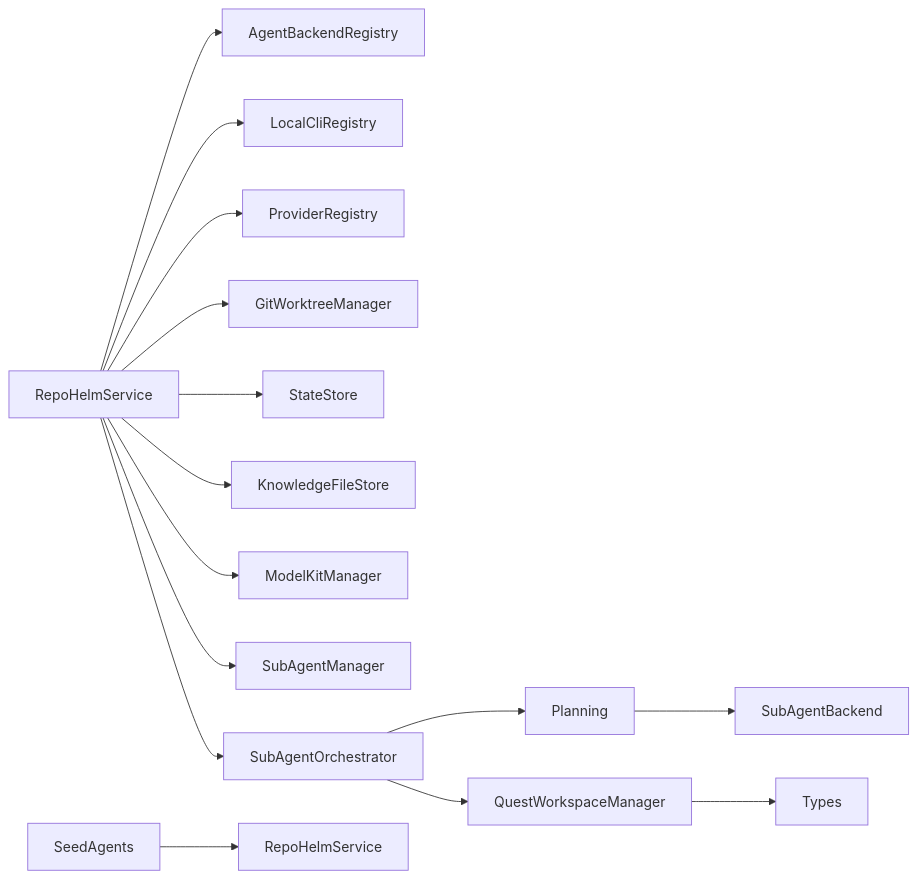
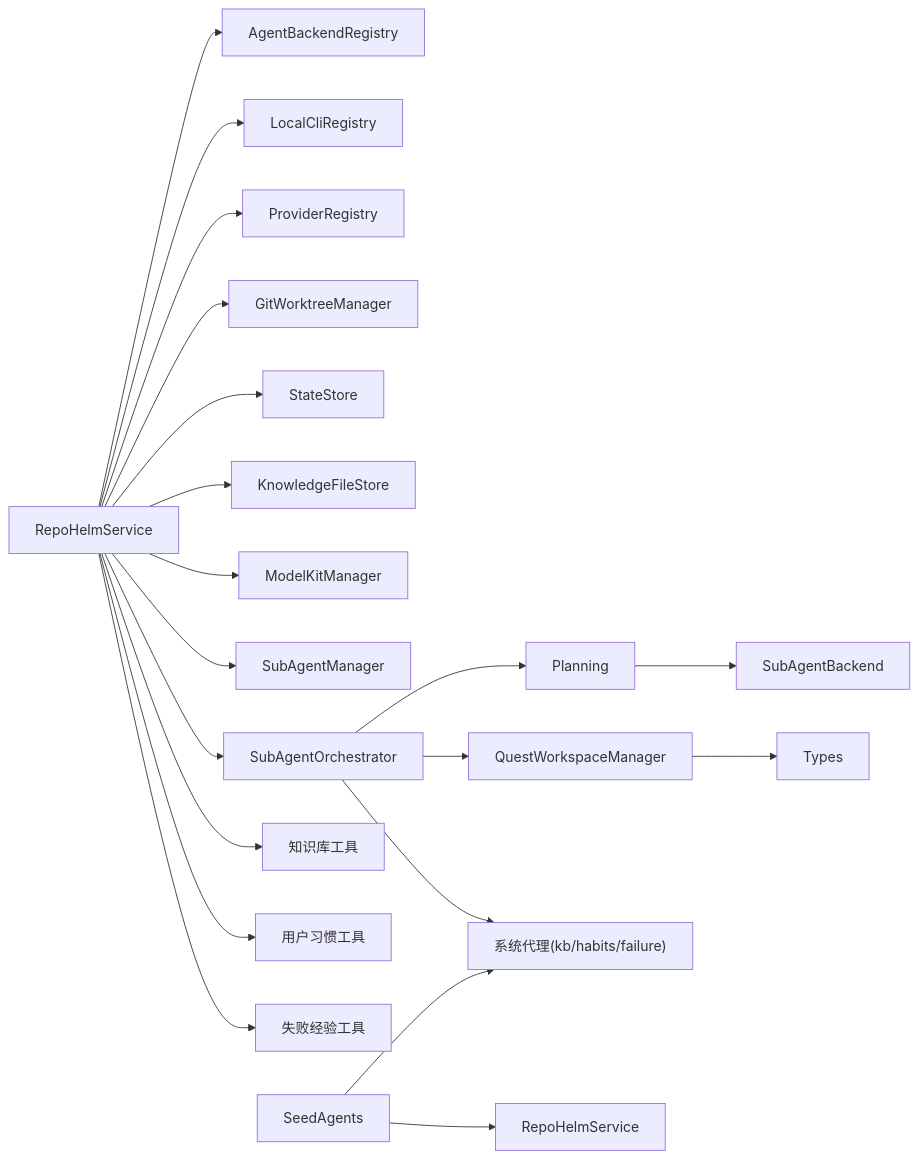
Before and after one commit to coconilu/RepoHelm: diagram 14 of 14 in .qoder/repowiki/zh/content/Agent 后端系统/Agent 后端系统.md, drawn with Mermaid. The commit also changed other lines of this file and 12 other files, not shown here.

First line of the commit message:
Add feature-quality workflow and system agents

````diff
--- a/.qoder/repowiki/zh/content/Agent 后端系统/Agent 后端系统.md
+++ b/.qoder/repowiki/zh/content/Agent 后端系统/Agent 后端系统.md
@@ -628,17 +806,22 @@
 ```mermaid
 graph LR
 Svc["RepoHelmService"] --> Reg["AgentBackendRegistry"]
 Svc --> LCI["LocalCliRegistry"]
 Svc --> PRI["ProviderRegistry"]
 Svc --> GTM["GitWorktreeManager"]
 Svc --> STO["StateStore"]
 Svc --> KFS["KnowledgeFileStore"]
 Svc --> MKM["ModelKitManager"]
 Svc --> SAM["SubAgentManager"]
 Svc --> Orchestrator["SubAgentOrchestrator"]
+Svc --> KT["知识库工具"]
+Svc --> HT["用户习惯工具"]
+Svc --> FT["失败经验工具"]
 Orchestrator --> Planner["Planning"]
 Orchestrator --> Workspace["QuestWorkspaceManager"]
+Orchestrator --> SystemAgents["系统代理(kb/habits/failure)"]
 Planner --> SubAgentBackend["SubAgentBackend"]
 Workspace --> Types["Types"]
 SeedAgents --> Service["RepoHelmService"]
+SeedAgents --> SystemAgents
 ```
````
